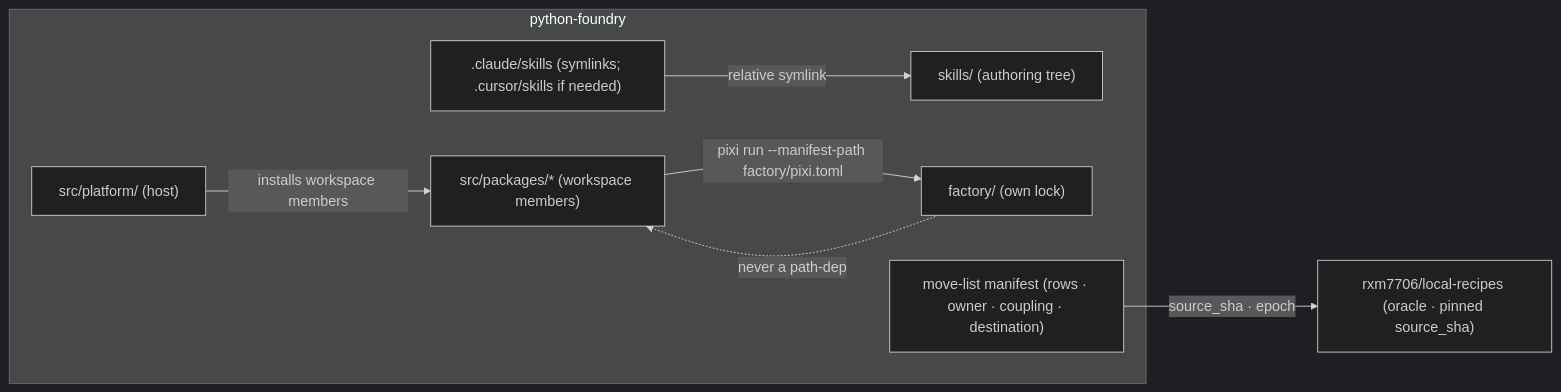
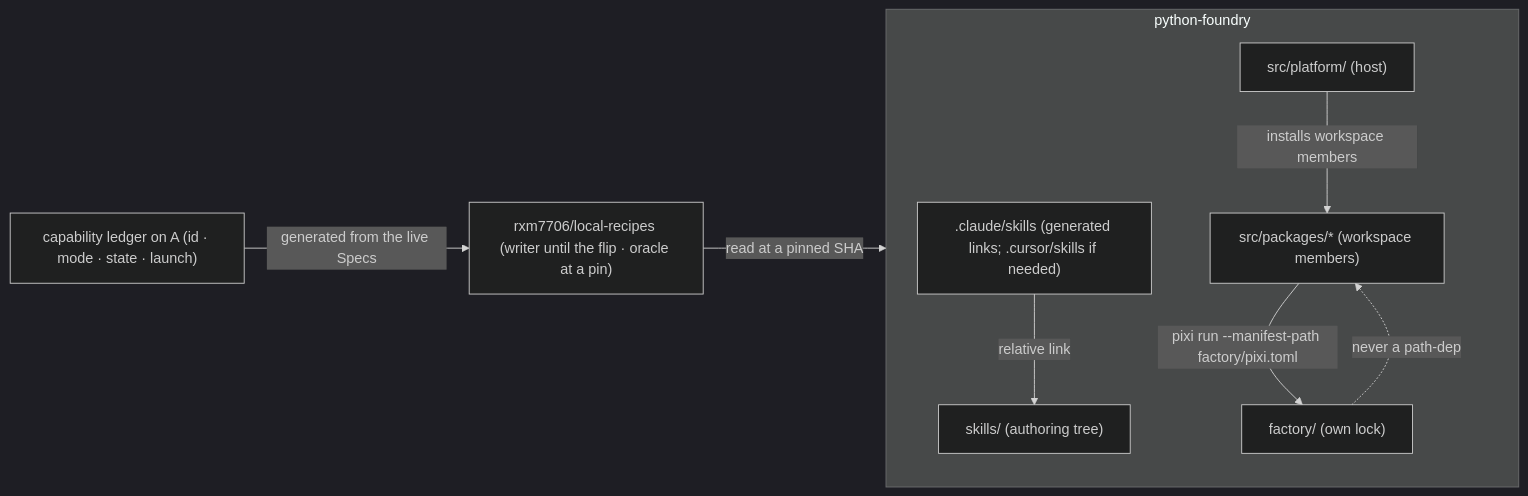
The fourth of 11 diagrams in _bmad-output/projects/pyforge-steward/planning-artifacts/architecture/architecture-pyforge-steward-2026-07-25/ARCHITECTURE-SPINE.md (rxm7706/local-recipes), drawn with Mermaid (dark theme) before and after one commit. The commit also changed other lines of this file and 50 other files, not shown here.

````diff
--- a/_bmad-output/projects/pyforge-steward/planning-artifacts/architecture/architecture-pyforge-steward-2026-07-25/ARCHITECTURE-SPINE.md
+++ b/_bmad-output/projects/pyforge-steward/planning-artifacts/architecture/architecture-pyforge-steward-2026-07-25/ARCHITECTURE-SPINE.md
@@ -662,17 +662,18 @@
 ```mermaid
 flowchart LR
   subgraph foundry [python-foundry]
     host["src/platform/ (host)"]
     pkgs["src/packages/* (workspace members)"]
     skills["skills/ (authoring tree)"]
-    adapters[".claude/skills (symlinks; .cursor/skills if needed)"]
+    adapters[".claude/skills (generated links; .cursor/skills if needed)"]
     island["factory/ (own lock)"]
-    manifest["move-list manifest (rows · owner · coupling · destination)"]
   end
-  oracle["rxm7706/local-recipes (oracle · pinned source_sha)"]
+  oracle["rxm7706/local-recipes (writer until the flip · oracle at a pin)"]
+  ledger["capability ledger on A (id · mode · state · launch)"]
   host -->|"installs workspace members"| pkgs
-  adapters -->|"relative symlink"| skills
+  adapters -->|"relative link"| skills
   pkgs -->|"pixi run --manifest-path factory/pixi.toml"| island
-  manifest -->|"source_sha · epoch"| oracle
+  ledger -->|"generated from the live Specs"| oracle
+  oracle -->|"read at a pinned SHA"| foundry
   island -.->|"never a path-dep"| pkgs
 ```
````
